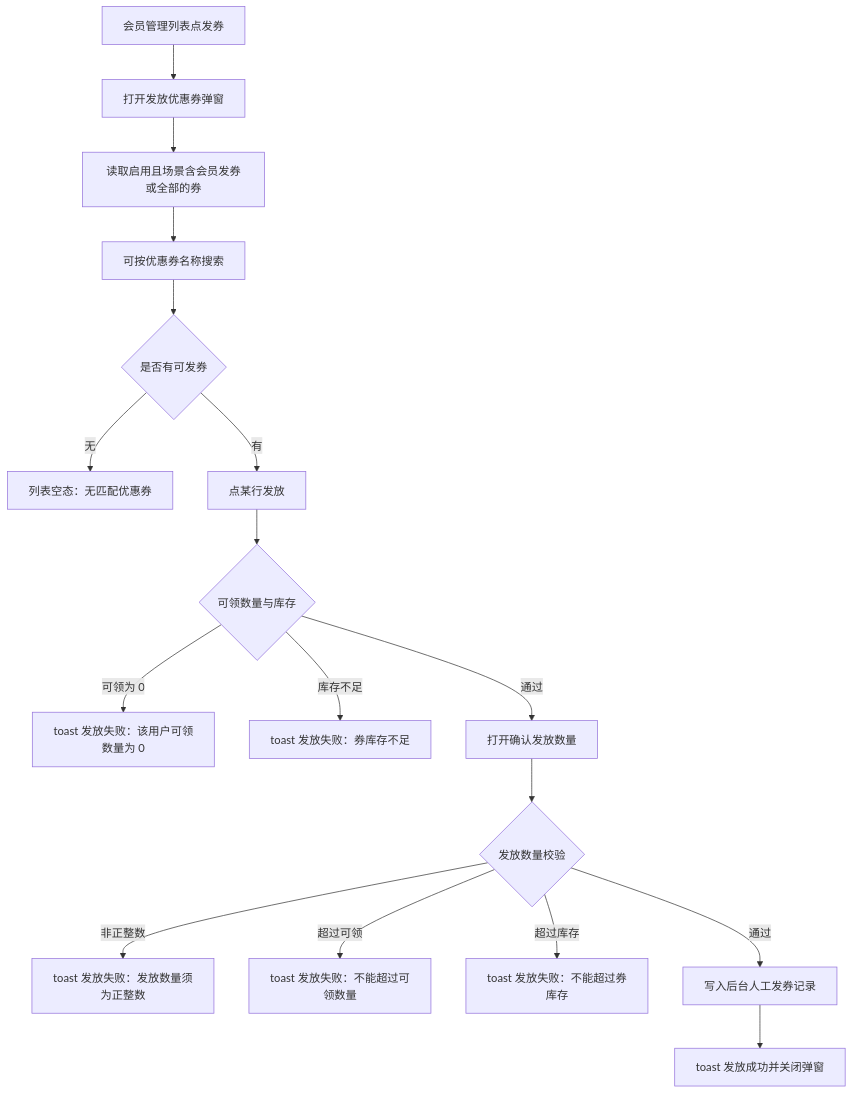
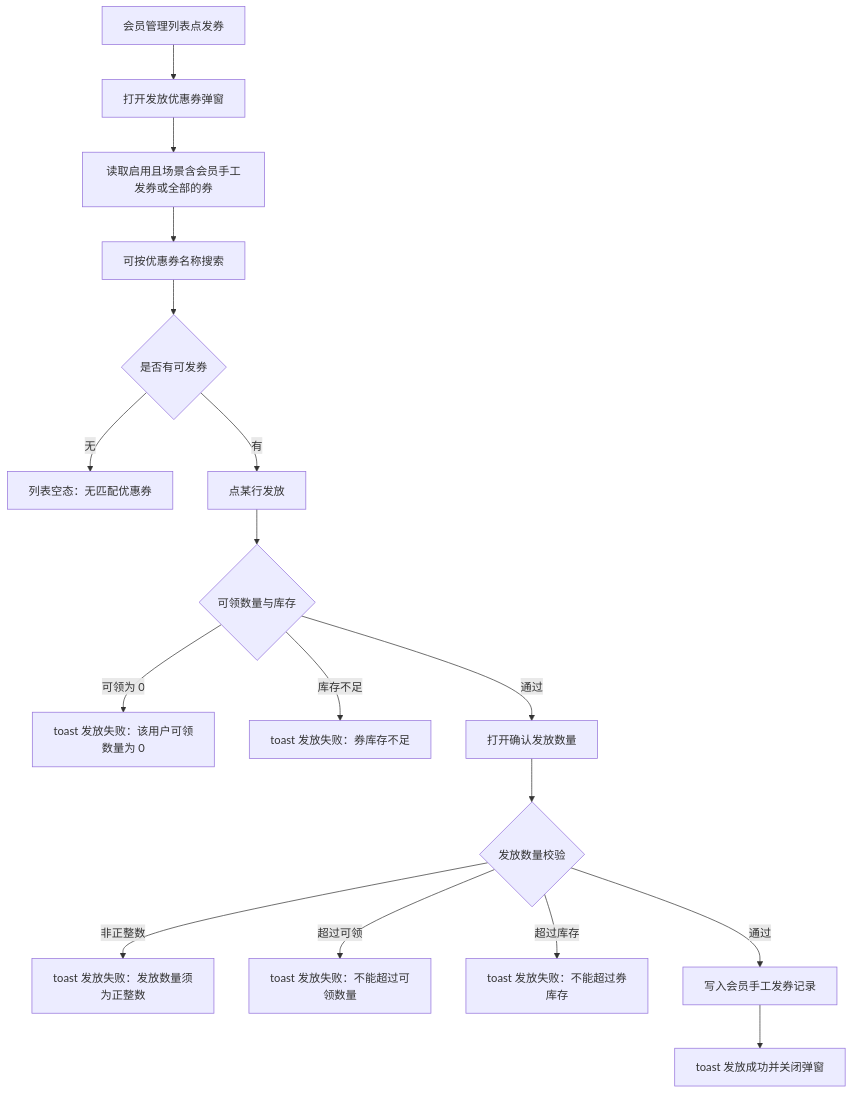
The first of 10 diagrams in prototype-prd/23-会员发券以及优惠券增加审核.md (342-droid/LFerp), drawn with Mermaid before and after one commit. The commit also changed other lines of this file and 15 other files, not shown here.

````diff
--- a/prototype-prd/23-会员发券以及优惠券增加审核.md
+++ b/prototype-prd/23-会员发券以及优惠券增加审核.md
@@ -55,19 +57,19 @@
 ```mermaid
 flowchart TD
   A[会员管理列表点发券] --> B[打开发放优惠券弹窗]
-  B --> C[读取启用且场景含会员发券或全部的券]
+  B --> C[读取启用且场景含会员手工发券或全部的券]
   C --> D[可按优惠券名称搜索]
   D --> E{是否有可发券}
   E -->|无| F[列表空态：无匹配优惠券]
   E -->|有| G[点某行发放]
   G --> H{可领数量与库存}
   H -->|可领为 0| I[toast 发放失败：该用户可领数量为 0]
   H -->|库存不足| J[toast 发放失败：券库存不足]
   H -->|通过| K[打开确认发放数量]
   K --> L{发放数量校验}
   L -->|非正整数| M[toast 发放失败：发放数量须为正整数]
   L -->|超过可领| N[toast 发放失败：不能超过可领数量]
   L -->|超过库存| O[toast 发放失败：不能超过券库存]
-  L -->|通过| P[写入后台人工发券记录]
+  L -->|通过| P[写入会员手工发券记录]
   P --> Q[toast 发放成功并关闭弹窗]
 ```
````
